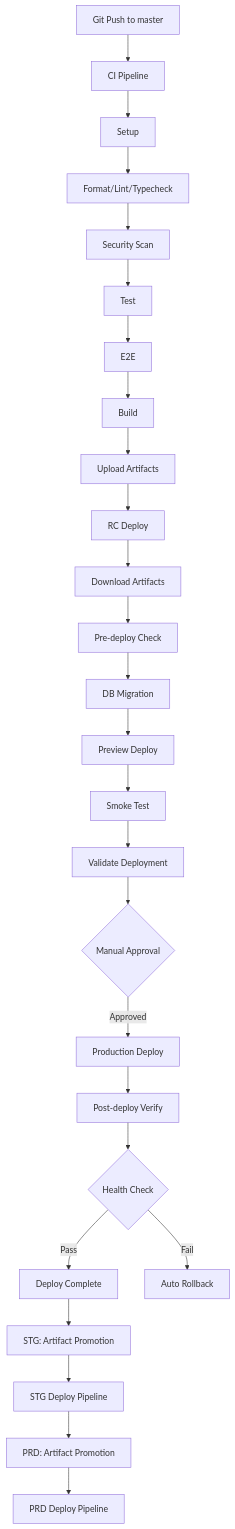
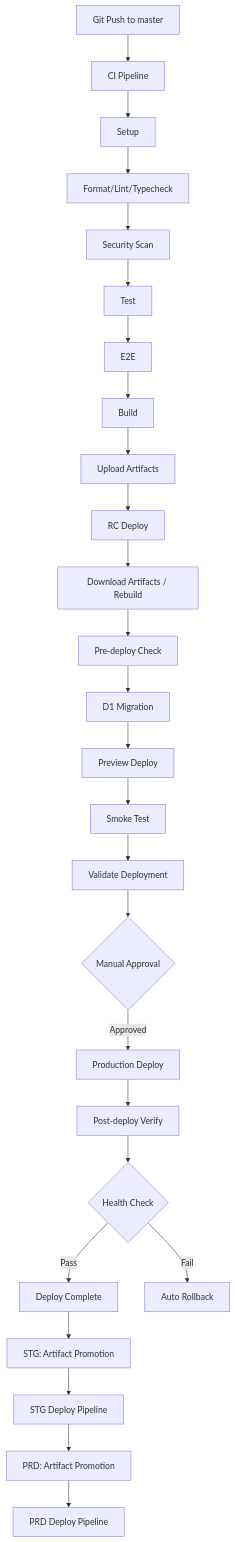
Before and after one commit to hibi-com/portfolio: the diagram in docs/deployment/automation-complete.md, drawn with Mermaid. The commit also changed other lines of this file and 42 other files, not shown here.

````diff
--- a/docs/deployment/automation-complete.md
+++ b/docs/deployment/automation-complete.md
@@ -173,30 +169,30 @@
 ```mermaid
 graph TD
     A[Git Push to master] --> B[CI Pipeline]
     B --> C[Setup]
     C --> D[Format/Lint/Typecheck]
     D --> E[Security Scan]
     E --> F[Test]
     F --> G[E2E]
     G --> H[Build]
     H --> I[Upload Artifacts]
 
     I --> J[RC Deploy]
-    J --> K[Download Artifacts]
+    J --> K[Download Artifacts / Rebuild]
     K --> L[Pre-deploy Check]
-    L --> M[DB Migration]
+    L --> M[D1 Migration]
     M --> N[Preview Deploy]
     N --> O[Smoke Test]
     O --> P[Validate Deployment]
     P --> Q{Manual Approval}
     Q -->|Approved| R[Production Deploy]
     R --> S[Post-deploy Verify]
     S --> T{Health Check}
     T -->|Pass| U[Deploy Complete]
     T -->|Fail| V[Auto Rollback]
 
     U --> W[STG: Artifact Promotion]
     W --> X[STG Deploy Pipeline]
     X --> Y[PRD: Artifact Promotion]
     Y --> Z[PRD Deploy Pipeline]
 ```
````
